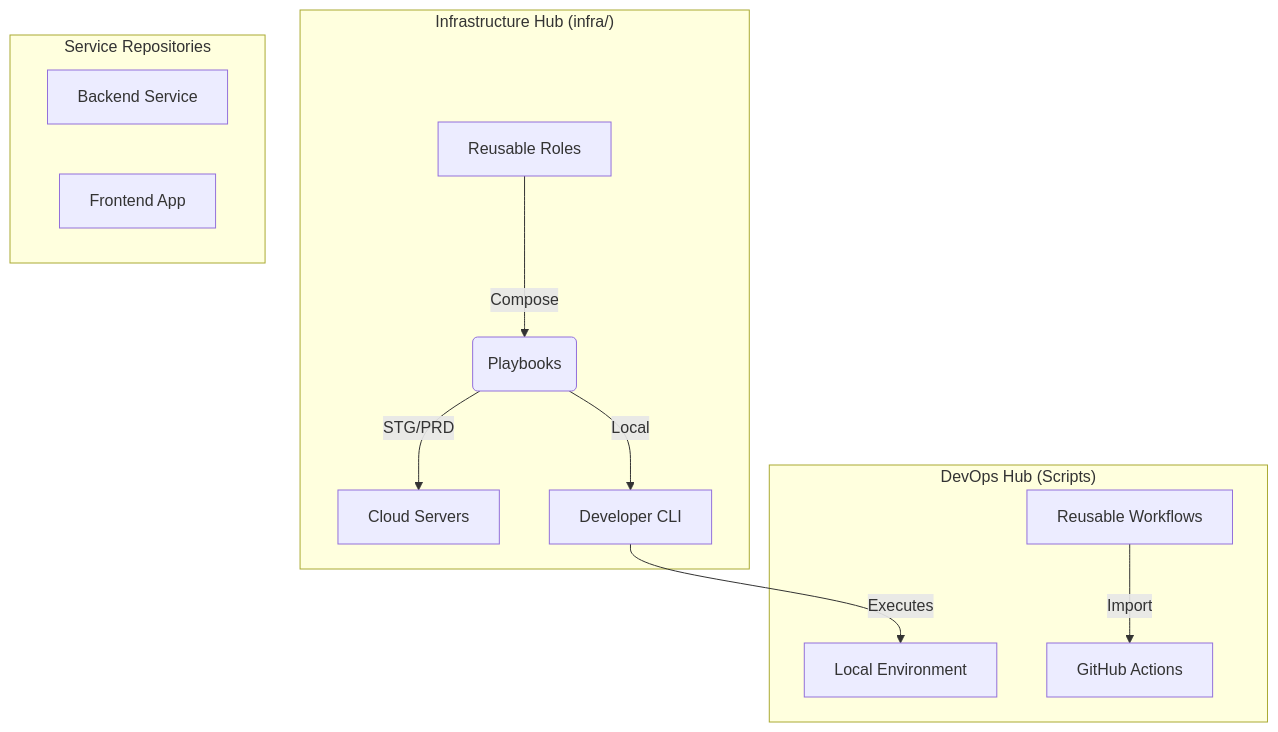
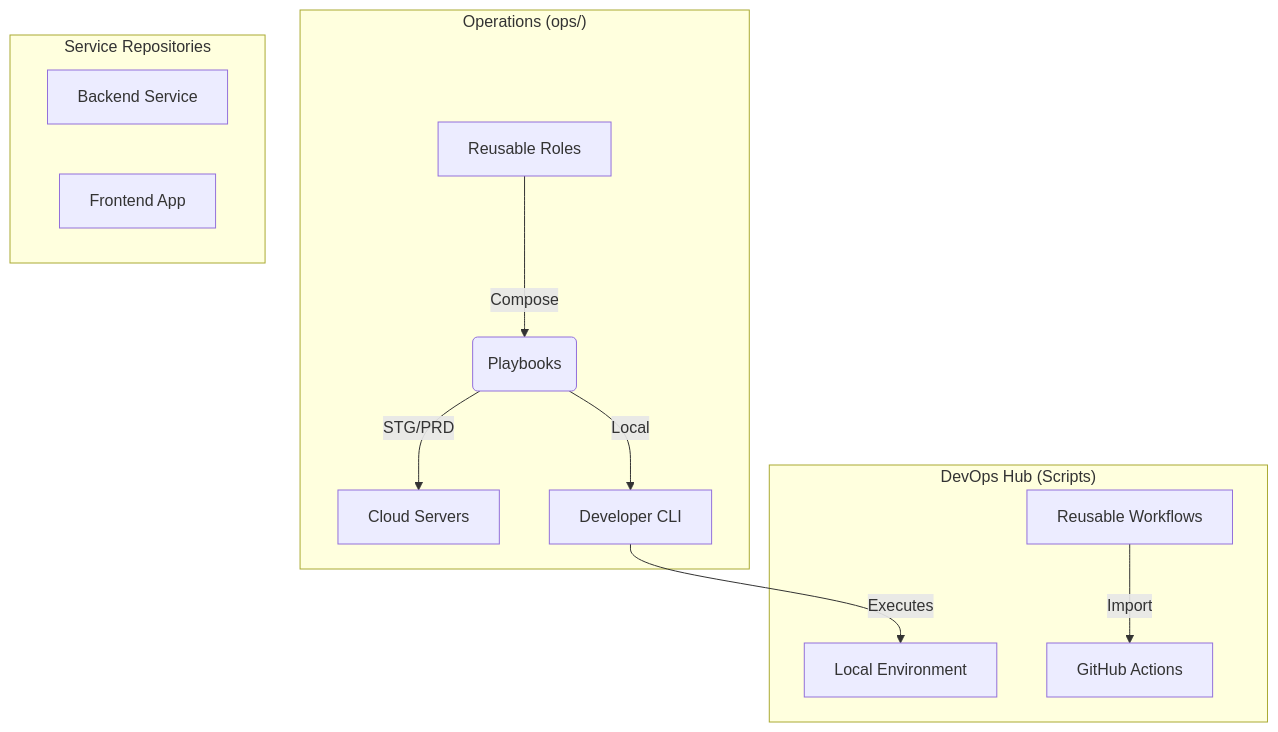
One commit to Nicola-Ibrahim/Devops-Hub changed the diagram in README.md. Above: the diagram before and after it, drawn with Mermaid. The commit also changed other lines of this file and 117 other files, not shown here.

````diff
--- a/README.md
+++ b/README.md
@@ -22,20 +33,20 @@
 ```mermaid
 graph TD
-    subgraph "Infrastructure Hub (infra/)"
+    subgraph "Operations (ops/)"
         A[Reusable Roles] -->|Compose| D(Playbooks)
         D -->|STG/PRD| J[Cloud Servers]
         D -->|Local| E[Developer CLI]
     end
 
     subgraph "DevOps Hub (Scripts)"
         E -->|Executes| K[Local Environment]
         L[Reusable Workflows] -->|Import| M[GitHub Actions]
     end
 
     subgraph "Service Repositories"
         G[Backend Service]
         H[Frontend App]
     end
 
     K & M & G & H
 ```
````
